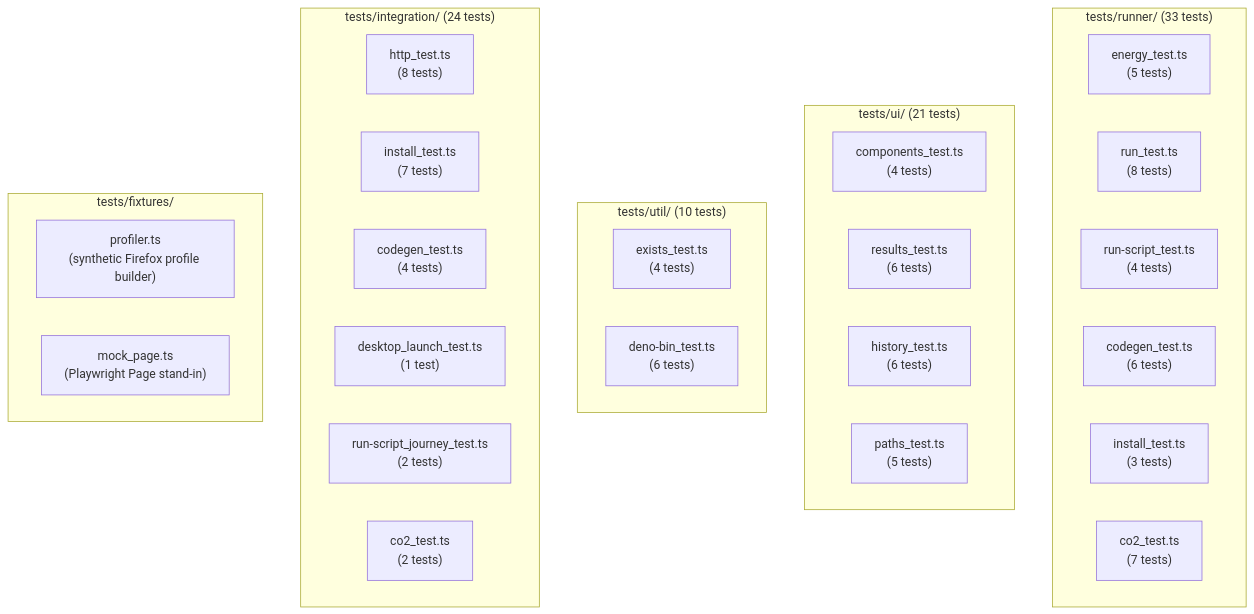
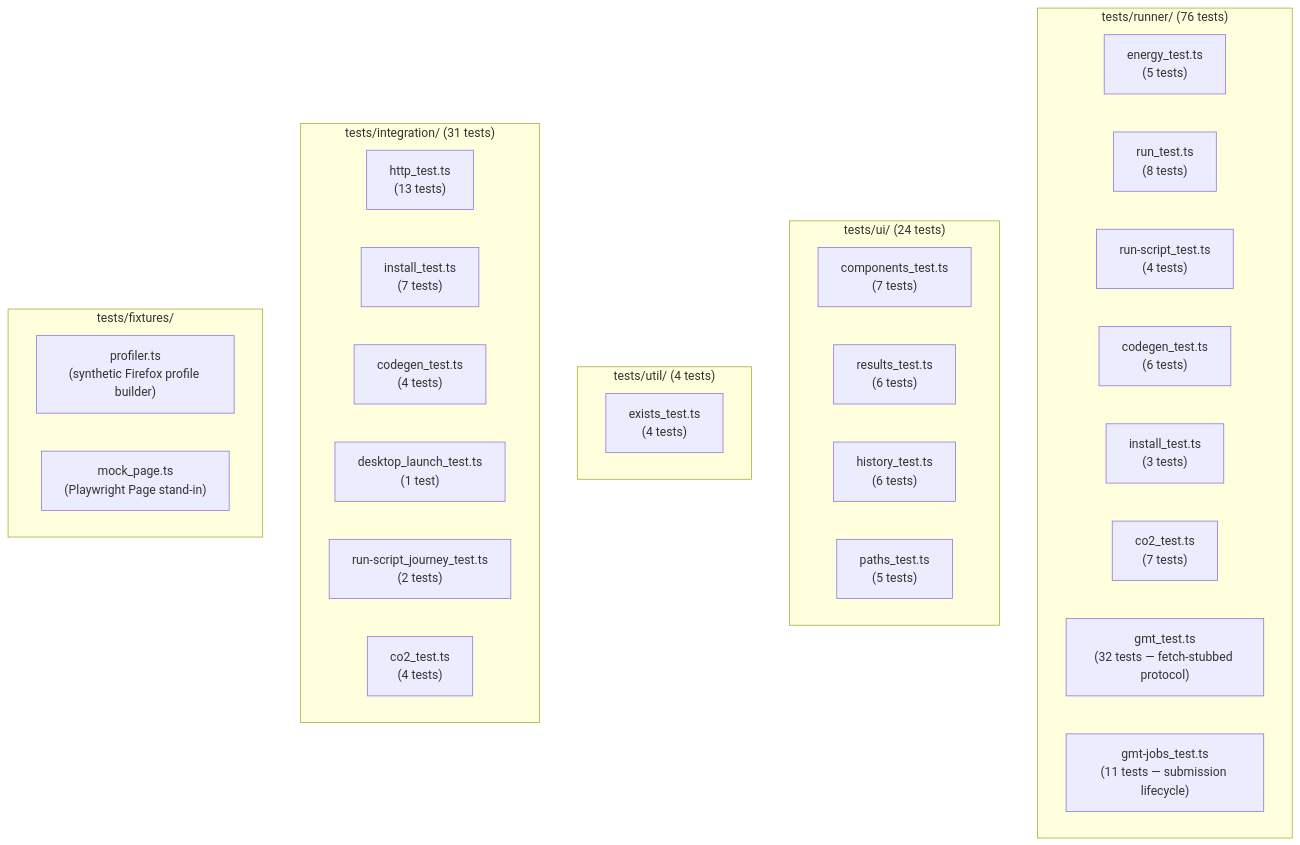
One commit to mrchrisadams/co2-runner changed diagram 14 of 14 in docs/architecture.md. Above: the diagram before and after it, drawn with Mermaid. The commit also changed other lines of this file and 2 other files, not shown here.

First line of the commit message:
Add ADR-007 and document GMT cluster submission

````diff
--- a/docs/architecture.md
+++ b/docs/architecture.md
@@ -517,37 +594,38 @@
 ```mermaid
 graph TB
-    subgraph "tests/runner/ (33 tests)"
+    subgraph "tests/runner/ (76 tests)"
         ENERGY_T["energy_test.ts<br/>(5 tests)"]
         RUN_T["run_test.ts<br/>(8 tests)"]
         RUNSCRIPT_T["run-script_test.ts<br/>(4 tests)"]
         CODEGEN_T["codegen_test.ts<br/>(6 tests)"]
         INSTALL_T["install_test.ts<br/>(3 tests)"]
         CO2_T["co2_test.ts<br/>(7 tests)"]
+        GMT_T["gmt_test.ts<br/>(32 tests — fetch-stubbed protocol)"]
+        GMTJOBS_T["gmt-jobs_test.ts<br/>(11 tests — submission lifecycle)"]
     end
 
-    subgraph "tests/ui/ (21 tests)"
-        COMPONENTS_T["components_test.ts<br/>(4 tests)"]
+    subgraph "tests/ui/ (24 tests)"
+        COMPONENTS_T["components_test.ts<br/>(7 tests)"]
         RESULTS_T["results_test.ts<br/>(6 tests)"]
         HISTORY_T["history_test.ts<br/>(6 tests)"]
         PATHS_T["paths_test.ts<br/>(5 tests)"]
     end
 
-    subgraph "tests/util/ (10 tests)"
+    subgraph "tests/util/ (4 tests)"
         EXISTS_T["exists_test.ts<br/>(4 tests)"]
-        DENOBIN_T["deno-bin_test.ts<br/>(6 tests)"]
     end
 
-    subgraph "tests/integration/ (24 tests)"
-        HTTP_T["http_test.ts<br/>(8 tests)"]
+    subgraph "tests/integration/ (31 tests)"
+        HTTP_T["http_test.ts<br/>(13 tests)"]
         INSTALL_T2["install_test.ts<br/>(7 tests)"]
         CODEGEN_T2["codegen_test.ts<br/>(4 tests)"]
         DESKTOP_T["desktop_launch_test.ts<br/>(1 test)"]
         RUNSCRIPT_T2["run-script_journey_test.ts<br/>(2 tests)"]
-        CO2_T2["co2_test.ts<br/>(2 tests)"]
+        CO2_T2["co2_test.ts<br/>(4 tests)"]
     end
 
     subgraph "tests/fixtures/"
         PROFILER_T["profiler.ts<br/>(synthetic Firefox profile builder)"]
         MOCKPAGE_T["mock_page.ts<br/>(Playwright Page stand-in)"]
     end
 ```
````
